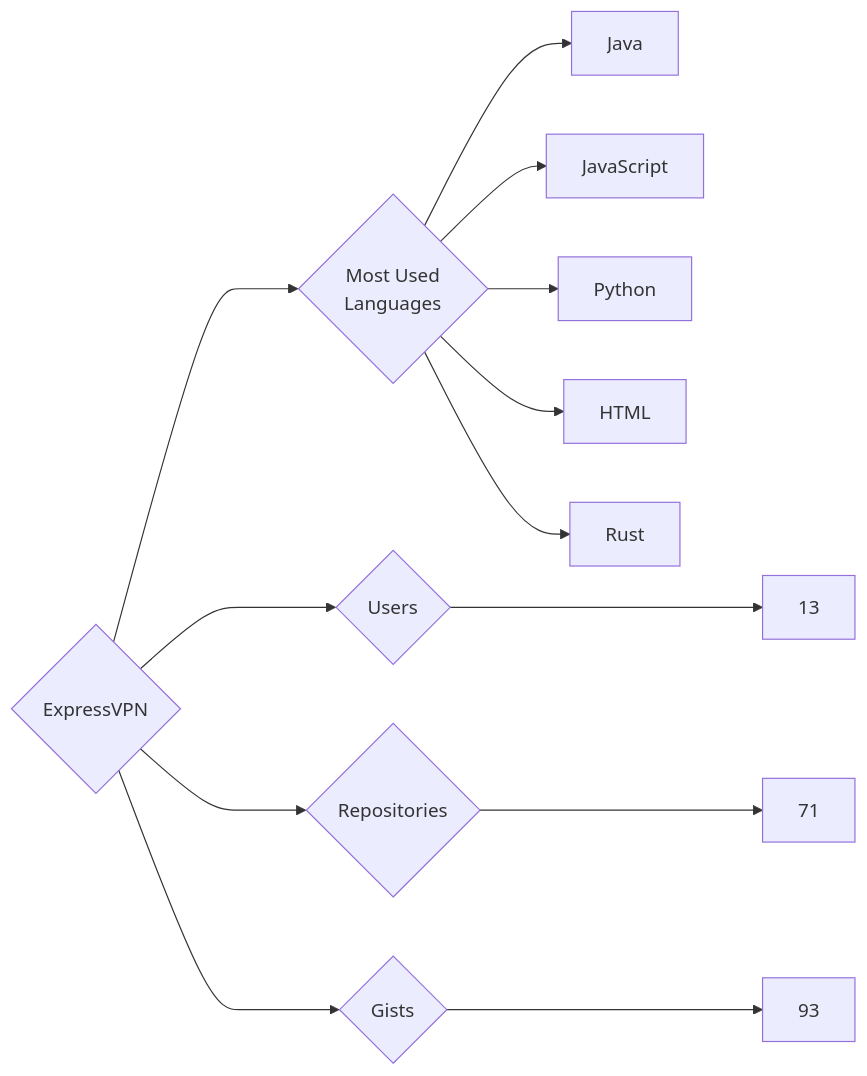
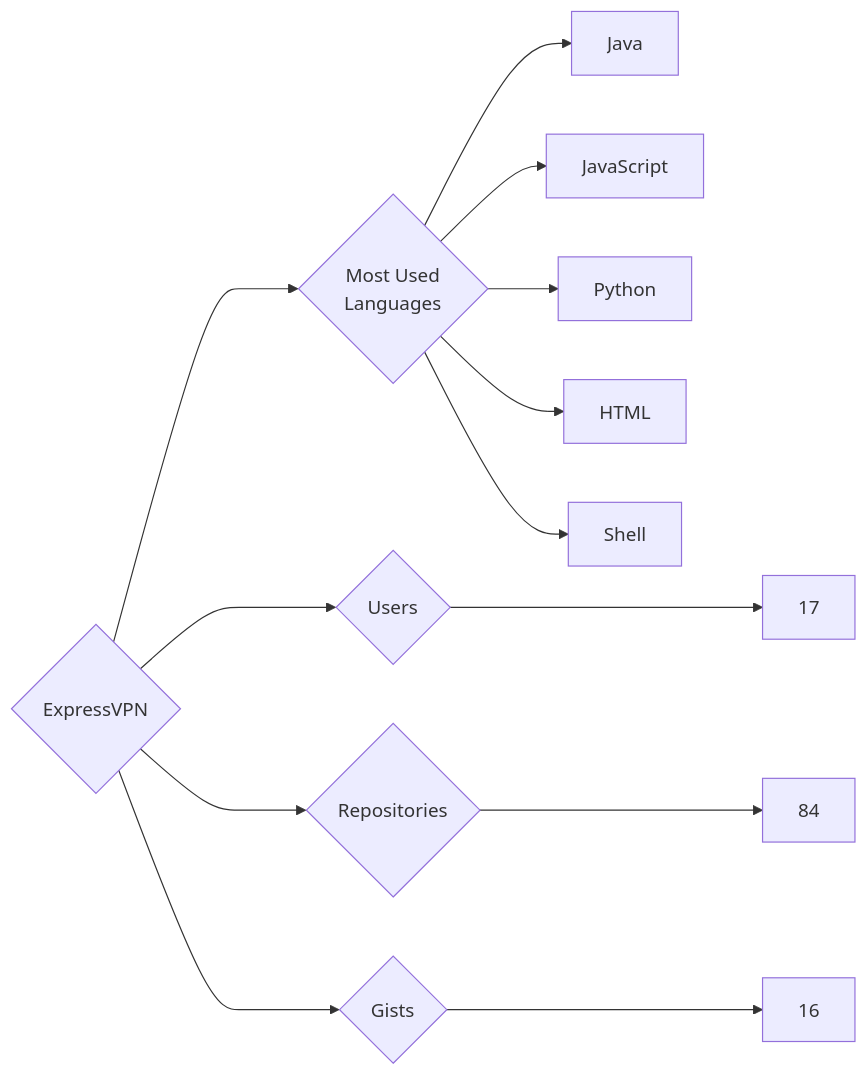
Before and after one commit to trickest/insiders: the diagram in targets/ExpressVPN/README.md, drawn with Mermaid. The commit also changed 894 other files, not shown here.

````diff
--- a/targets/ExpressVPN/README.md
+++ b/targets/ExpressVPN/README.md
@@ -3,13 +3,13 @@
 ```mermaid
 graph LR
 COMPANY_NAME{ExpressVPN}
-COMPANY_NAME ---> U{Users} ---> UN[13]
-COMPANY_NAME ---> R{Repositories} ---> RN[71]
-COMPANY_NAME ---> G{Gists} ---> GN[93]
+COMPANY_NAME ---> U{Users} ---> UN[17]
+COMPANY_NAME ---> R{Repositories} ---> RN[84]
+COMPANY_NAME ---> G{Gists} ---> GN[16]
 COMPANY_NAME ---> ML{Most Used<br>Languages}
 ML --> Java[Java]
 ML --> JavaScript[JavaScript]
 ML --> Python[Python]
 ML --> HTML[HTML]
-ML --> Rust[Rust]
+ML --> Shell[Shell]
 ```
````
